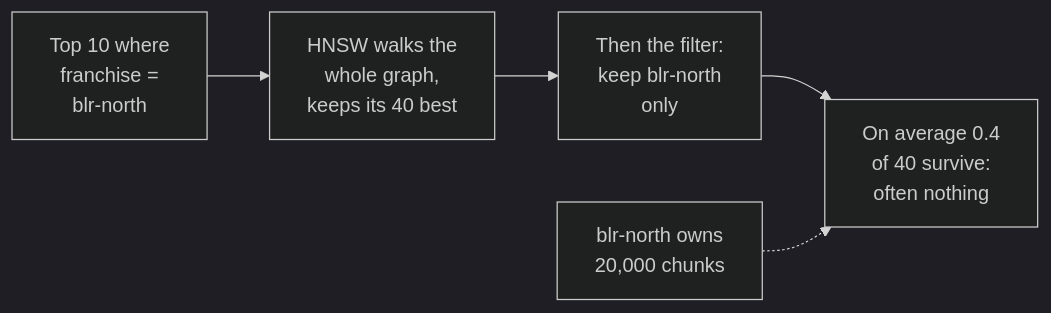
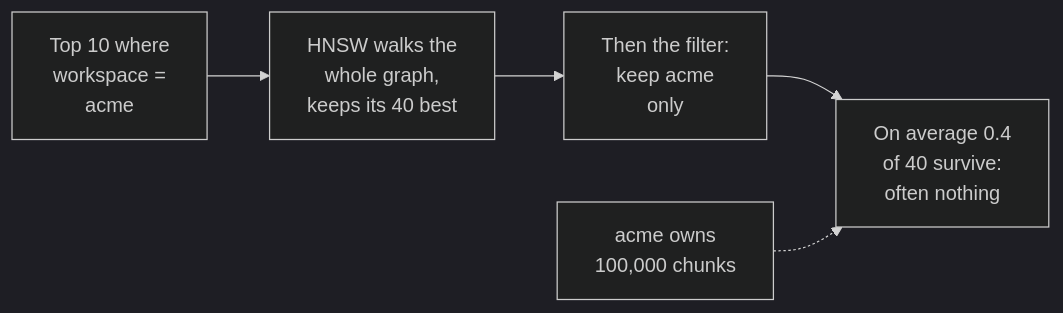
Before and after one commit to shubamchaudhary/CodeNITW: the fourth of 9 diagrams in src/Data/aiStackDocs/CH-03.md, drawn with Mermaid (dark theme). The commit also changed other lines of this file and 32 other files, not shown here.

````diff
--- a/src/Data/aiStackDocs/CH-03.md
+++ b/src/Data/aiStackDocs/CH-03.md
@@ -89,7 +90,7 @@
 ```mermaid
 flowchart LR
-    Q["Top 10 where<br/>franchise =<br/>blr-north"] --> H["HNSW walks the<br/>whole graph,<br/>keeps its 40 best"]
-    H --> F["Then the filter:<br/>keep blr-north<br/>only"]
+    Q["Top 10 where<br/>workspace =<br/>acme"] --> H["HNSW walks the<br/>whole graph,<br/>keeps its 40 best"]
+    H --> F["Then the filter:<br/>keep acme<br/>only"]
     F --> R["On average 0.4<br/>of 40 survive:<br/>often nothing"]
-    X["blr-north owns<br/>20,000 chunks"] -.-> R
+    X["acme owns<br/>100,000 chunks"] -.-> R
 ```
````
